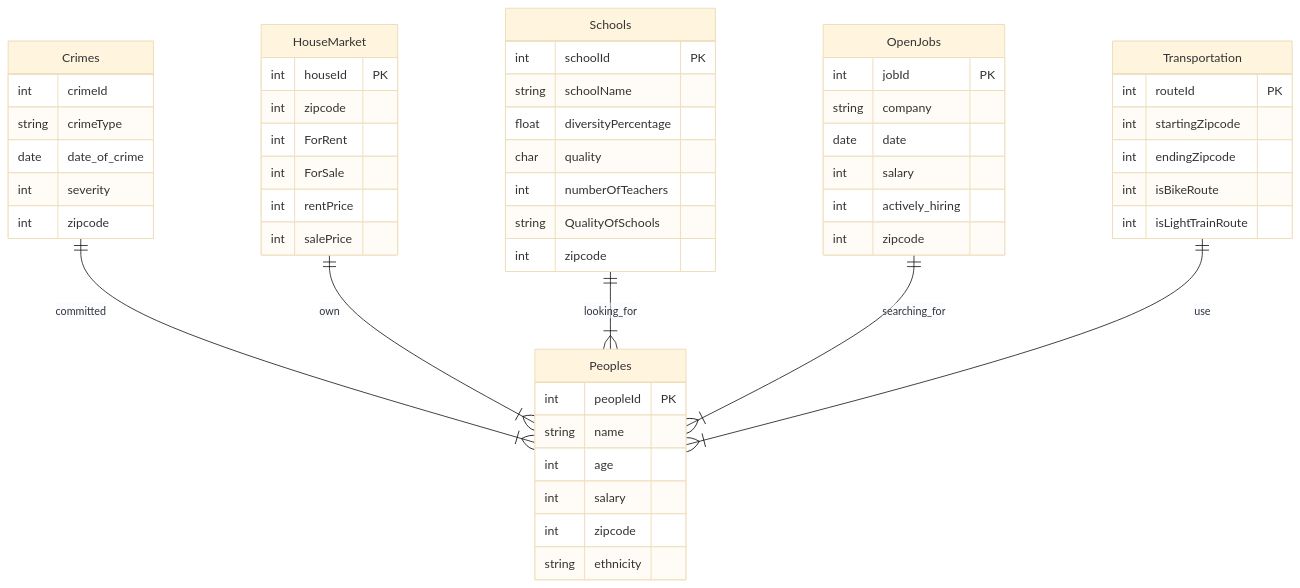
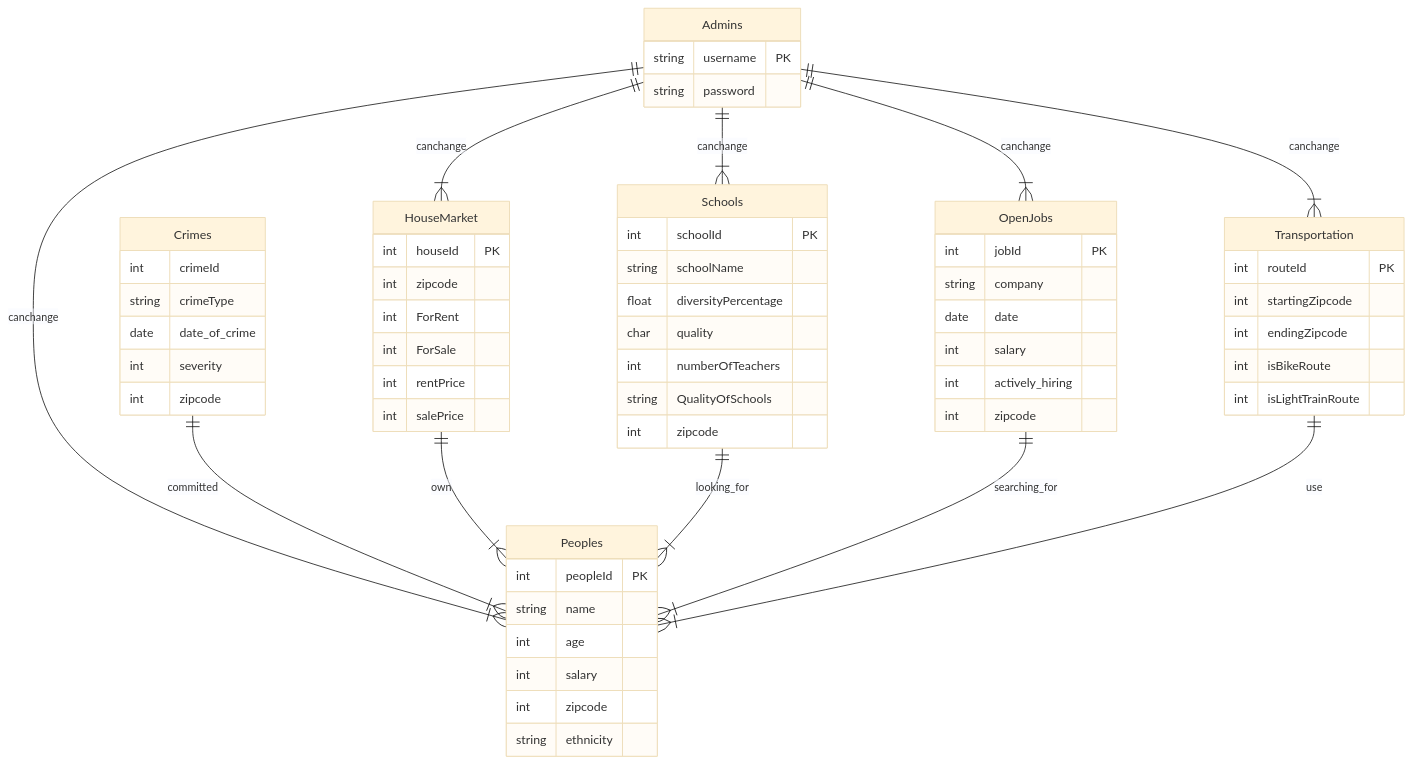
One commit to cmsc-vcu/cmsc508-fa2023-prj-VA_better_placegroup39 changed the second of 2 diagrams in reports/deliverable7.qmd. Above: the diagram before and after it, drawn with Mermaid (base theme). The commit also changed other lines of this file and 1 other file, not shown here.

````diff
--- a/reports/deliverable7.qmd
+++ b/reports/deliverable7.qmd
@@ -104,62 +120,73 @@
 ```{mermaid}
 erDiagram
+    Admins ||--|{ Peoples : canchange
+    Admins ||--|{ Schools : canchange
+    Admins ||--|{ Transportation : canchange
+    Admins ||--|{ OpenJobs : canchange
+    Admins ||--|{ HouseMarket : canchange
+    
+
+    Admins{
+        string  username PK
+        string password
+    }
 
     Peoples{
         int peopleId PK
         string name
         int age
         int salary
         int zipcode
         string ethnicity
     }
 
     Crimes ||--|{ Peoples : committed 
     Crimes {
         int crimeId
         string crimeType
         date date_of_crime
         int severity
         int zipcode
     }
     
     
     HouseMarket ||--|{ Peoples : own
     HouseMarket {
         int houseId PK
         int zipcode
         int ForRent
         int ForSale
         int rentPrice
         int salePrice
     }
 
     Schools ||--|{ Peoples : looking_for
     Schools {
         int schoolId PK
         string schoolName
         float diversityPercentage
         char quality
         int numberOfTeachers
         string QualityOfSchools
         int zipcode
     }
 
     OpenJobs ||--|{ Peoples : searching_for
     OpenJobs {
         int jobId PK
         string company
         date date
         int salary
         int actively_hiring
         int zipcode
     }
     
     Transportation ||--|{ Peoples : use
     Transportation {
         int routeId PK
         int startingZipcode
         int endingZipcode
         int isBikeRoute
         int isLightTrainRoute
     }
 ```
````
